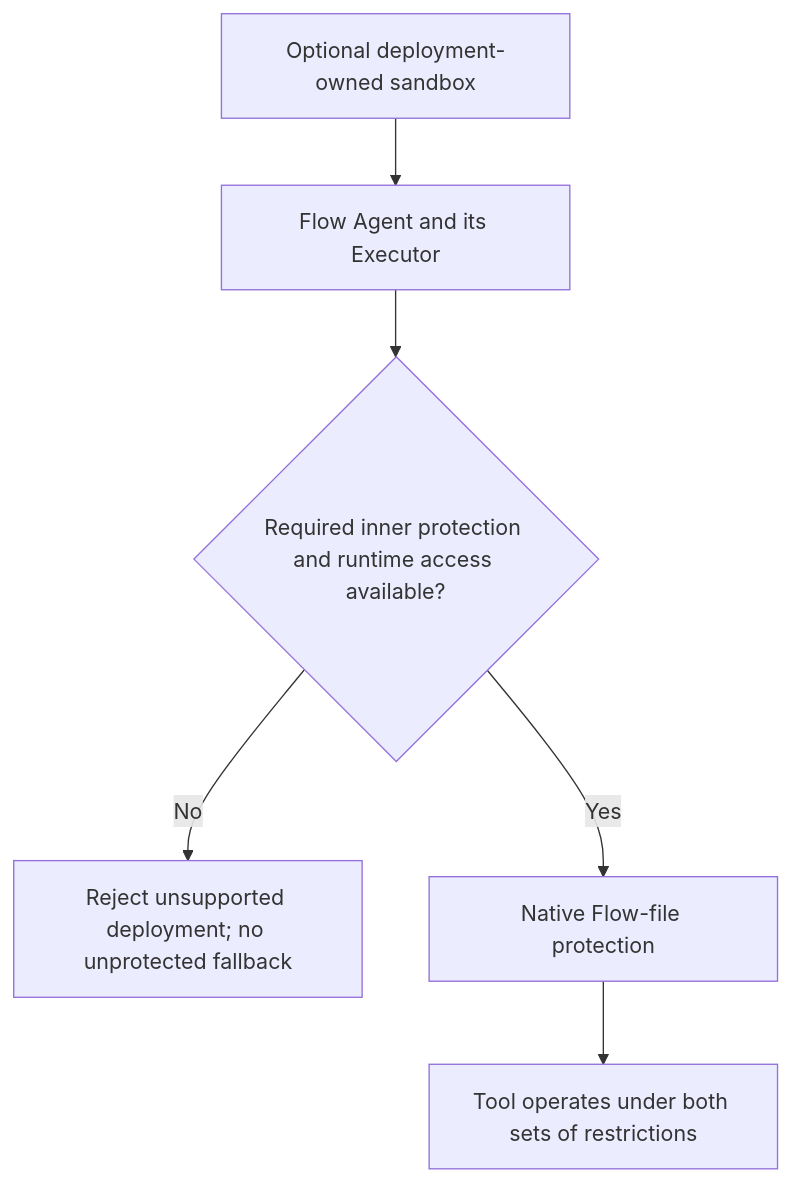
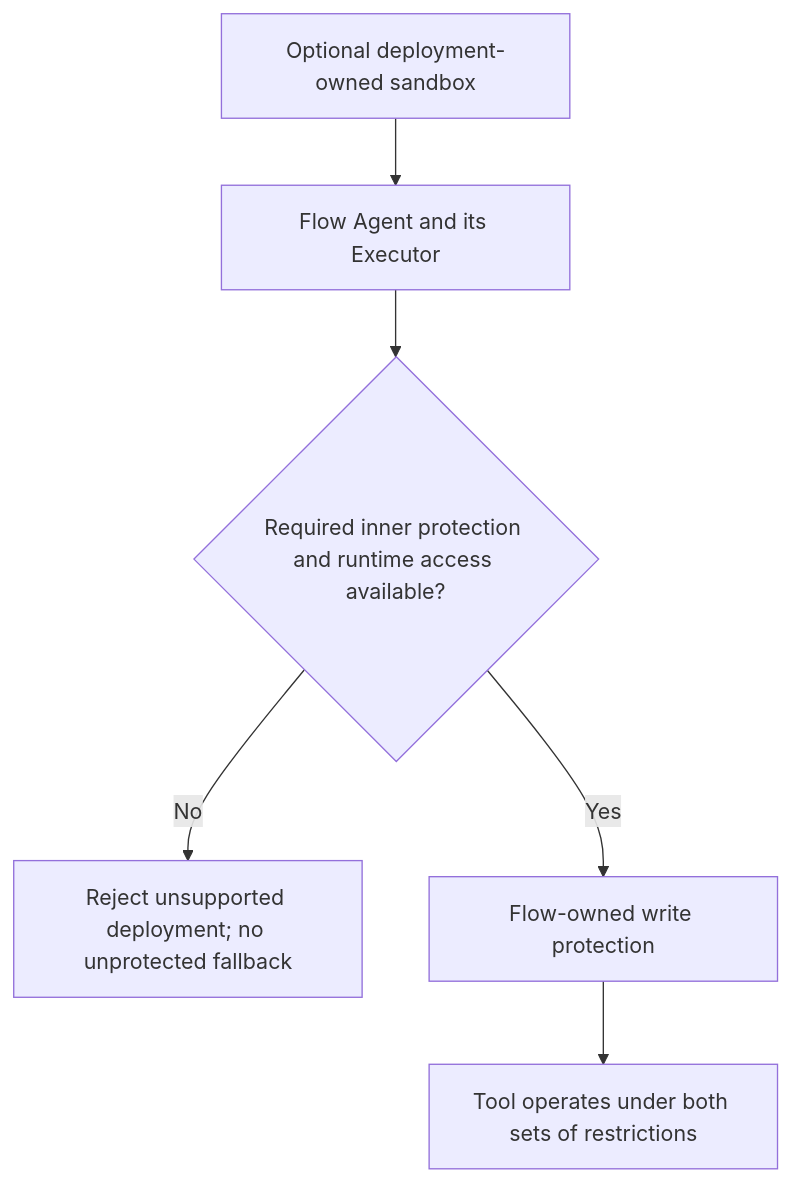
Before and after one commit to Open-Equilibrium/watershed: the eighth of 9 diagrams in docs/concept/flow-agent-executor-architecture.md, drawn with Mermaid. The commit also changed other lines of this file and 14 other files, not shown here.

First line of the commit message:
docs: name Flow Agent's file protection Flow-owned write protection

````diff
--- a/docs/concept/flow-agent-executor-architecture.md
+++ b/docs/concept/flow-agent-executor-architecture.md
@@ -122,8 +122,8 @@
 ```mermaid
 flowchart TD
   Outer["Optional deployment-owned sandbox"] --> Flow["Flow Agent and its Executor"]
   Flow --> Ready{"Required inner protection and runtime access available?"}
   Ready -->|No| Refuse["Reject unsupported deployment; no unprotected fallback"]
-  Ready -->|Yes| Inner["Native Flow-file protection"]
+  Ready -->|Yes| Inner["Flow-owned write protection"]
   Inner --> Tool["Tool operates under both sets of restrictions"]
 ```
````
